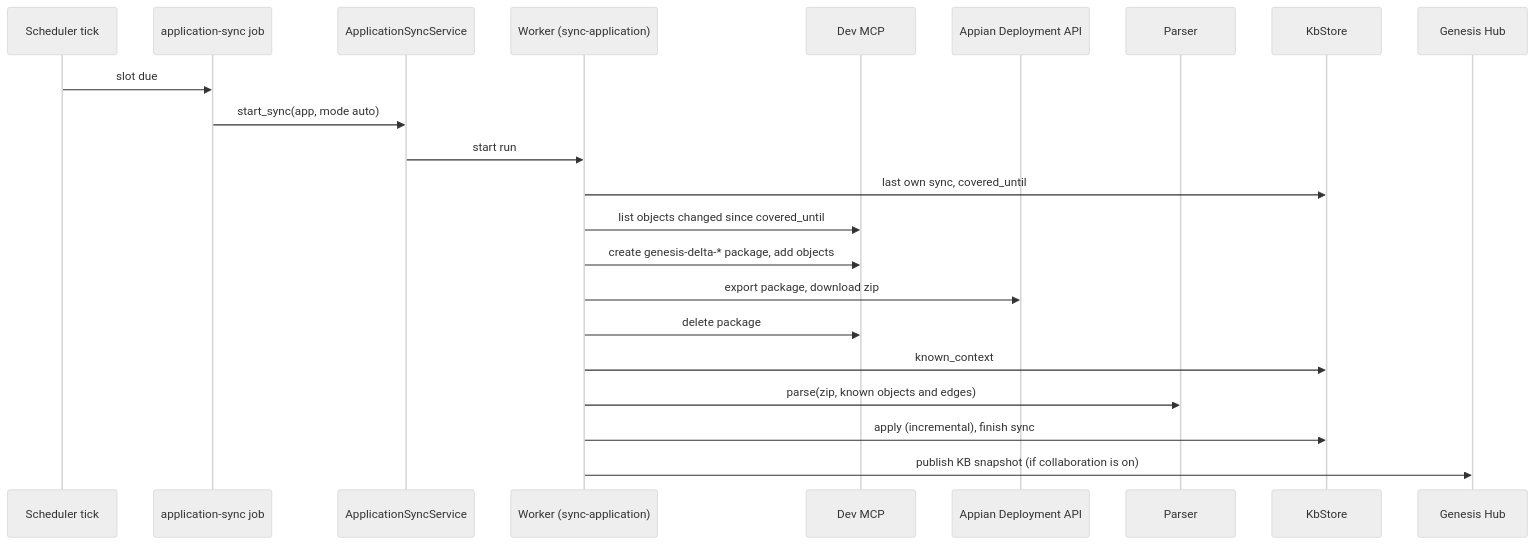
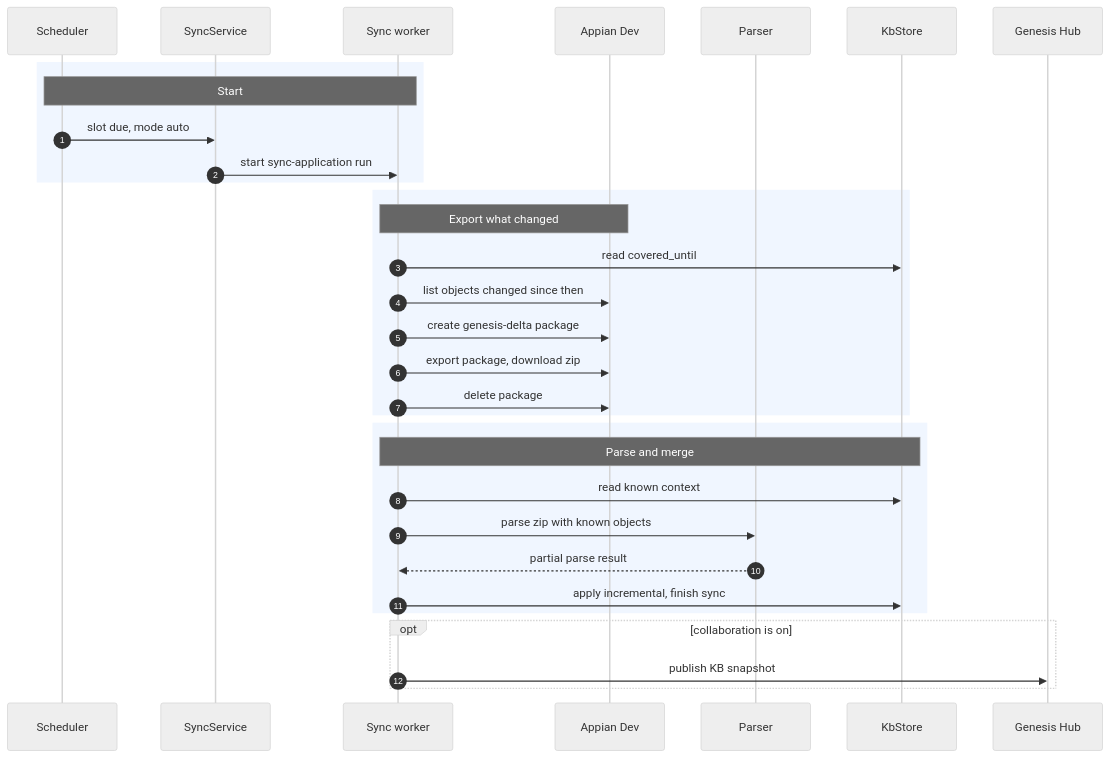
The third of 6 diagrams in genesis/architecture/07-runtime-view.md (ram-020998/project-tracker), drawn with Mermaid (neutral theme) before and after one commit. The commit also changed other lines of this file and 24 other files, not shown here.

First line of the commit message:
architecture: rewrite all 86 Mermaid diagrams to one C4 style, each render-checked

````diff
--- a/genesis/architecture/07-runtime-view.md
+++ b/genesis/architecture/07-runtime-view.md
@@ -111,24 +134,35 @@
 ```mermaid
 sequenceDiagram
-    participant T as Scheduler tick
-    participant J as application-sync job
-    participant S as ApplicationSyncService
-    participant R as Worker (sync-application)
-    participant D as Dev MCP
-    participant X as Appian Deployment API
+    autonumber
+    participant T as Scheduler
+    participant S as SyncService
+    participant W as Sync worker
+    participant A as Appian Dev
     participant P as Parser
     participant K as KbStore
     participant H as Genesis Hub
-    T->>J: slot due
-    J->>S: start_sync(app, mode auto)
-    S->>R: start run
-    R->>K: last own sync, covered_until
-    R->>D: list objects changed since covered_until
-    R->>D: create genesis-delta-* package, add objects
-    R->>X: export package, download zip
-    R->>D: delete package
-    R->>K: known_context
-    R->>P: parse(zip, known objects and edges)
-    R->>K: apply (incremental), finish sync
-    R->>H: publish KB snapshot (if collaboration is on)
+
+    rect rgb(240, 246, 255)
+        Note over T,W: Start
+        T->>S: slot due, mode auto
+        S->>W: start sync-application run
+    end
+    rect rgb(240, 246, 255)
+        Note over W,A: Export what changed
+        W->>K: read covered_until
+        W->>A: list objects changed since then
+        W->>A: create genesis-delta package
+        W->>A: export package, download zip
+        W->>A: delete package
+    end
+    rect rgb(240, 246, 255)
+        Note over W,K: Parse and merge
+        W->>K: read known context
+        W->>P: parse zip with known objects
+        P-->>W: partial parse result
+        W->>K: apply incremental, finish sync
+    end
+    opt collaboration is on
+        W->>H: publish KB snapshot
+    end
 ```
````
